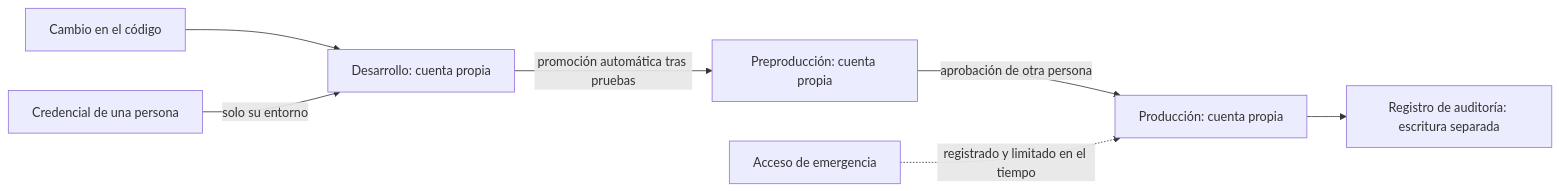
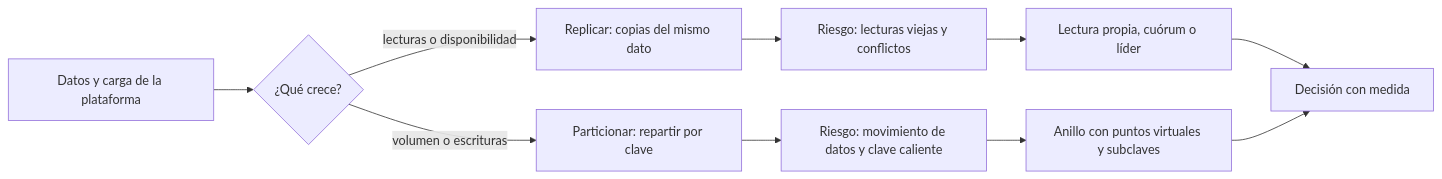
One commit to vladimiracunadev-create/modern-software-engineering-program changed the diagram in content/part-29/SE-355.md. Above: the diagram before and after it, drawn with Mermaid. The commit also changed other lines of this file and 5193 other files, not shown here.

````diff
--- a/content/part-29/SE-355.md
+++ b/content/part-29/SE-355.md
@@ -54,9 +55,12 @@
 ```mermaid
 flowchart LR
-    A[Cambio en el código] --> B[Desarrollo: cuenta propia]
-    B -->|promoción automática tras pruebas| C[Preproducción: cuenta propia]
-    C -->|aprobación de otra persona| D[Producción: cuenta propia]
-    E[Credencial de una persona] -->|solo su entorno| B
-    F[Acceso de emergencia] -.->|registrado y limitado en el tiempo| D
-    D --> G[Registro de auditoría: escritura separada]
+    A[Datos y carga de la plataforma] --> B{¿Qué crece?}
+    B -->|lecturas o disponibilidad| C[Replicar: copias del mismo dato]
+    B -->|volumen o escrituras| D[Particionar: repartir por clave]
+    C --> E[Riesgo: lecturas viejas y conflictos]
+    D --> F[Riesgo: movimiento de datos y clave caliente]
+    E --> G[Lectura propia, cuórum o líder]
+    F --> H[Anillo con puntos virtuales y subclaves]
+    G --> I[Decisión con medida]
+    H --> I
 ```
````
